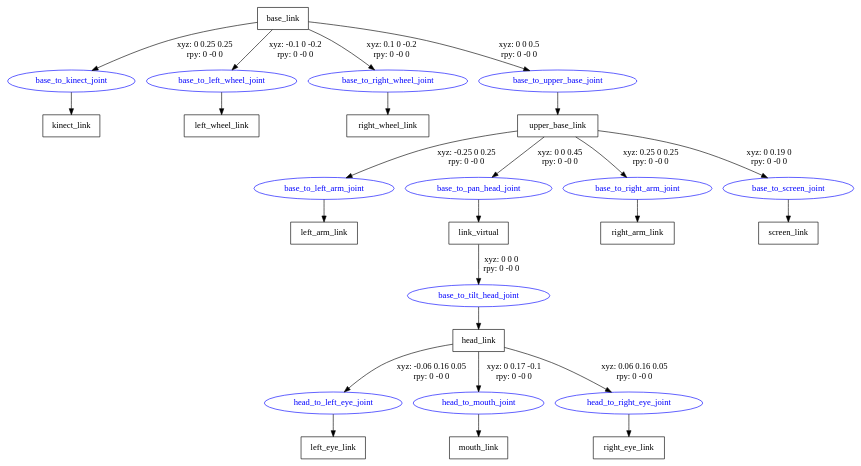
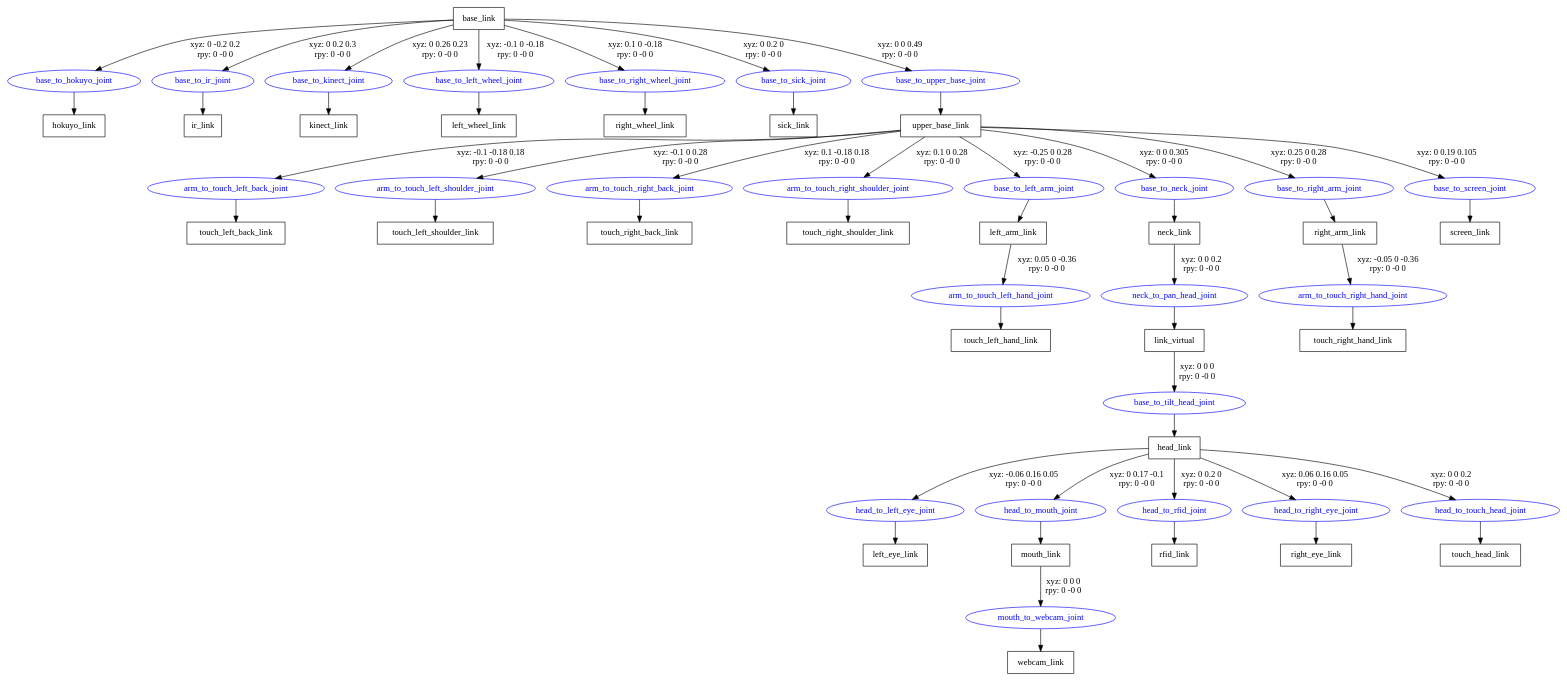
Before and after one commit to UC3MSocialRobots/maggie_robot: the diagram in maggie_description/tree/maggie.gv, drawn with Graphviz. The commit also changed 9 other files, not shown here.

```diff
--- a/maggie_description/tree/maggie.gv
+++ b/maggie_description/tree/maggie.gv
@@ -1,41 +1,80 @@
 digraph G {
 node [shape=box];
 "base_link" [label="base_link"];
+"hokuyo_link" [label="hokuyo_link"];
+"ir_link" [label="ir_link"];
 "kinect_link" [label="kinect_link"];
 "left_wheel_link" [label="left_wheel_link"];
 "right_wheel_link" [label="right_wheel_link"];
+"sick_link" [label="sick_link"];
 "upper_base_link" [label="upper_base_link"];
+"touch_left_back_link" [label="touch_left_back_link"];
+"touch_left_shoulder_link" [label="touch_left_shoulder_link"];
+"touch_right_back_link" [label="touch_right_back_link"];
+"touch_right_shoulder_link" [label="touch_right_shoulder_link"];
 "left_arm_link" [label="left_arm_link"];
+"touch_left_hand_link" [label="touch_left_hand_link"];
+"neck_link" [label="neck_link"];
 "link_virtual" [label="link_virtual"];
 "head_link" [label="head_link"];
 "left_eye_link" [label="left_eye_link"];
 "mouth_link" [label="mouth_link"];
+"webcam_link" [label="webcam_link"];
+"rfid_link" [label="rfid_link"];
 "right_eye_link" [label="right_eye_link"];
+"touch_head_link" [label="touch_head_link"];
 "right_arm_link" [label="right_arm_link"];
+"touch_right_hand_link" [label="touch_right_hand_link"];
 "screen_link" [label="screen_link"];
 node [shape=ellipse, color=blue, fontcolor=blue];
-"base_link" -> "base_to_kinect_joint" [label="xyz: 0 0.25 0.25 \nrpy: 0 -0 0"]
+"base_link" -> "base_to_hokuyo_joint" [label="xyz: 0 -0.2 0.2 \nrpy: 0 -0 0"]
+"base_to_hokuyo_joint" -> "hokuyo_link"
+"base_link" -> "base_to_ir_joint" [label="xyz: 0 0.2 0.3 \nrpy: 0 -0 0"]
+"base_to_ir_joint" -> "ir_link"
+"base_link" -> "base_to_kinect_joint" [label="xyz: 0 0.26 0.23 \nrpy: 0 -0 0"]
 "base_to_kinect_joint" -> "kinect_link"
-"base_link" -> "base_to_left_wheel_joint" [label="xyz: -0.1 0 -0.2 \nrpy: 0 -0 0"]
+"base_link" -> "base_to_left_wheel_joint" [label="xyz: -0.1 0 -0.18 \nrpy: 0 -0 0"]
 "base_to_left_wheel_joint" -> "left_wheel_link"
-"base_link" -> "base_to_right_wheel_joint" [label="xyz: 0.1 0 -0.2 \nrpy: 0 -0 0"]
+"base_link" -> "base_to_right_wheel_joint" [label="xyz: 0.1 0 -0.18 \nrpy: 0 -0 0"]
 "base_to_right_wheel_joint" -> "right_wheel_link"
-"base_link" -> "base_to_upper_base_joint" [label="xyz: 0 0 0.5 \nrpy: 0 -0 0"]
+"base_link" -> "base_to_sick_joint" [label="xyz: 0 0.2 0 \nrpy: 0 -0 0"]
+"base_to_sick_joint" -> "sick_link"
+"base_link" -> "base_to_upper_base_joint" [label="xyz: 0 0 0.49 \nrpy: 0 -0 0"]
 "base_to_upper_base_joint" -> "upper_base_link"
-"upper_base_link" -> "base_to_left_arm_joint" [label="xyz: -0.25 0 0.25 \nrpy: 0 -0 0"]
+"upper_base_link" -> "arm_to_touch_left_back_joint" [label="xyz: -0.1 -0.18 0.18 \nrpy: 0 -0 0"]
+"arm_to_touch_left_back_joint" -> "touch_left_back_link"
+"upper_base_link" -> "arm_to_touch_left_shoulder_joint" [label="xyz: -0.1 0 0.28 \nrpy: 0 -0 0"]
+"arm_to_touch_left_shoulder_joint" -> "touch_left_shoulder_link"
+"upper_base_link" -> "arm_to_touch_right_back_joint" [label="xyz: 0.1 -0.18 0.18 \nrpy: 0 -0 0"]
+"arm_to_touch_right_back_joint" -> "touch_right_back_link"
+"upper_base_link" -> "arm_to_touch_right_shoulder_joint" [label="xyz: 0.1 0 0.28 \nrpy: 0 -0 0"]
+"arm_to_touch_right_shoulder_joint" -> "touch_right_shoulder_link"
+"upper_base_link" -> "base_to_left_arm_joint" [label="xyz: -0.25 0 0.28 \nrpy: 0 -0 0"]
 "base_to_left_arm_joint" -> "left_arm_link"
-"upper_base_link" -> "base_to_pan_head_joint" [label="xyz: 0 0 0.45 \nrpy: 0 -0 0"]
-"base_to_pan_head_joint" -> "link_virtual"
+"left_arm_link" -> "arm_to_touch_left_hand_joint" [label="xyz: 0.05 0 -0.36 \nrpy: 0 -0 0"]
+"arm_to_touch_left_hand_joint" -> "touch_left_hand_link"
+"upper_base_link" -> "base_to_neck_joint" [label="xyz: 0 0 0.305 \nrpy: 0 -0 0"]
+"base_to_neck_joint" -> "neck_link"
+"neck_link" -> "neck_to_pan_head_joint" [label="xyz: 0 0 0.2 \nrpy: 0 -0 0"]
+"neck_to_pan_head_joint" -> "link_virtual"
 "link_virtual" -> "base_to_tilt_head_joint" [label="xyz: 0 0 0 \nrpy: 0 -0 0"]
 "base_to_tilt_head_joint" -> "head_link"
 "head_link" -> "head_to_left_eye_joint" [label="xyz: -0.06 0.16 0.05 \nrpy: 0 -0 0"]
 "head_to_left_eye_joint" -> "left_eye_link"
 "head_link" -> "head_to_mouth_joint" [label="xyz: 0 0.17 -0.1 \nrpy: 0 -0 0"]
 "head_to_mouth_joint" -> "mouth_link"
+"mouth_link" -> "mouth_to_webcam_joint" [label="xyz: 0 0 0 \nrpy: 0 -0 0"]
+"mouth_to_webcam_joint" -> "webcam_link"
+"head_link" -> "head_to_rfid_joint" [label="xyz: 0 0.2 0 \nrpy: 0 -0 0"]
+"head_to_rfid_joint" -> "rfid_link"
 "head_link" -> "head_to_right_eye_joint" [label="xyz: 0.06 0.16 0.05 \nrpy: 0 -0 0"]
 "head_to_right_eye_joint" -> "right_eye_link"
-"upper_base_link" -> "base_to_right_arm_joint" [label="xyz: 0.25 0 0.25 \nrpy: 0 -0 0"]
+"head_link" -> "head_to_touch_head_joint" [label="xyz: 0 0 0.2 \nrpy: 0 -0 0"]
+"head_to_touch_head_joint" -> "touch_head_link"
+"upper_base_link" -> "base_to_right_arm_joint" [label="xyz: 0.25 0 0.28 \nrpy: 0 -0 0"]
 "base_to_right_arm_joint" -> "right_arm_link"
-"upper_base_link" -> "base_to_screen_joint" [label="xyz: 0 0.19 0 \nrpy: 0 -0 0"]
+"right_arm_link" -> "arm_to_touch_right_hand_joint" [label="xyz: -0.05 0 -0.36 \nrpy: 0 -0 0"]
+"arm_to_touch_right_hand_joint" -> "touch_right_hand_link"
+"upper_base_link" -> "base_to_screen_joint" [label="xyz: 0 0.19 0.105 \nrpy: 0 -0 0"]
 "base_to_screen_joint" -> "screen_link"
 }
```
